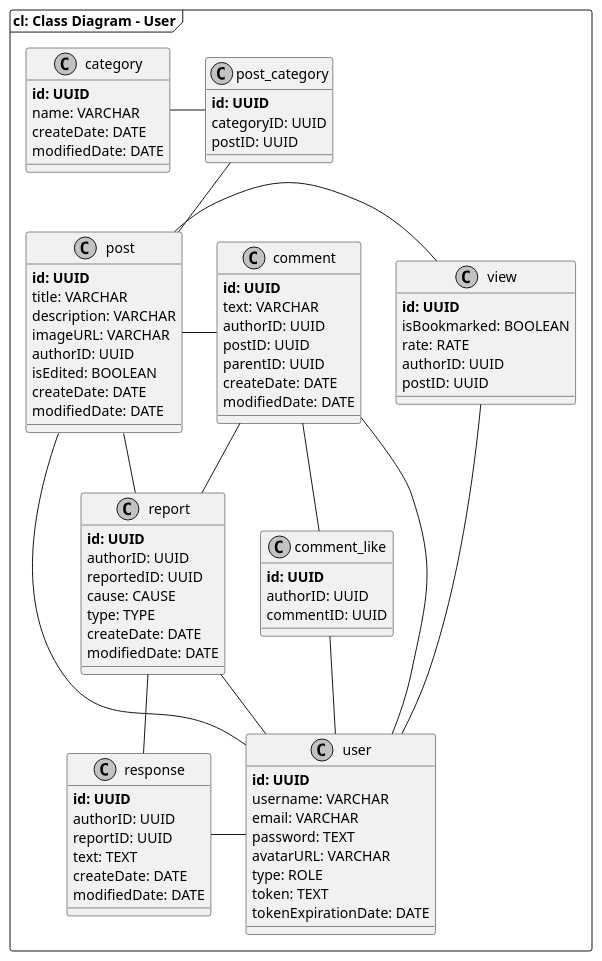
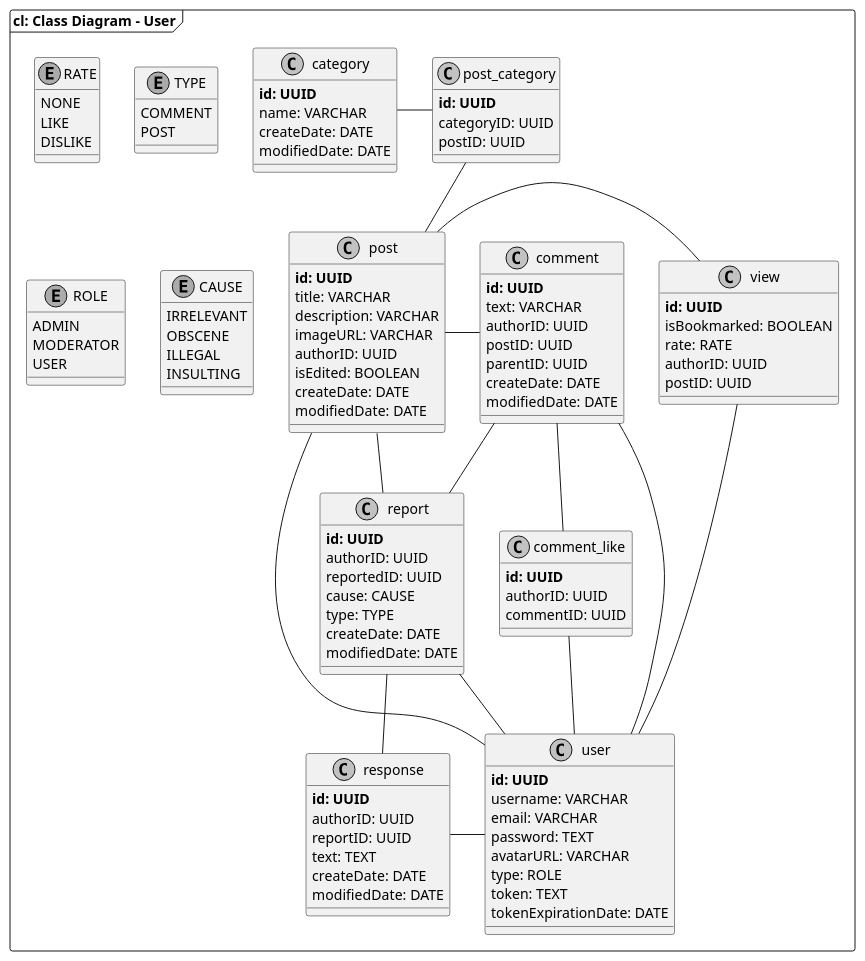
The diagram in data/sql/diagram-class.puml (steb1/forum), drawn with PlantUML before and after one commit. The commit also changed other lines of this file and 3 other files, not shown here.

```diff
--- a/data/sql/diagram-class.puml
+++ b/data/sql/diagram-class.puml
@@ -1,127 +2,127 @@
 @startuml "user-class-diagram"
 skinparam shadowing false
 skinparam monochrome true
 skinparam component {
     FontSize 20
 }
 
 frame "cl: Class Diagram - User" {
     class user {
         **id: UUID**
         username: VARCHAR
         email: VARCHAR
         password: TEXT
         avatarURL: VARCHAR
         type: ROLE
         token: TEXT
         tokenExpirationDate: DATE
     }
 
     class post {
         **id: UUID**
         title: VARCHAR
         description: VARCHAR
         imageURL: VARCHAR
         authorID: UUID
         isEdited: BOOLEAN
         createDate: DATE
         modifiedDate: DATE
     }
 
     class report {
         **id: UUID**
         authorID: UUID
         reportedID: UUID
         cause: CAUSE
         type: TYPE
         createDate: DATE
         modifiedDate: DATE
     }
 
     class response {
         **id: UUID**
         authorID: UUID
         reportID: UUID
         text: TEXT
         createDate: DATE
         modifiedDate: DATE
     }
 
     class view {
         **id: UUID**
         isBookmarked: BOOLEAN
         rate: RATE
         authorID: UUID
         postID: UUID
     }
 
     class comment_like {
         **id: UUID**
         authorID: UUID
         commentID: UUID
     }
 
     class comment {
         **id: UUID**
         text: VARCHAR
         authorID: UUID
         postID: UUID
         parentID: UUID
         createDate: DATE
         modifiedDate: DATE
     }
 
     class post_category {
         **id: UUID**
         categoryID: UUID
         postID: UUID
     }
 
     class category {
         **id: UUID**
         name: VARCHAR
         createDate: DATE
         modifiedDate: DATE
     }
 
-    ' enum RATE {
-    '     NONE
-    '     LIKE
-    '     DISLIKE
-    ' }
+    enum RATE {
+        NONE
+        LIKE
+        DISLIKE
+    }
 
-    ' enum TYPE {
-    '     COMMENT
-    '     POST
-    ' }
+    enum TYPE {
+        COMMENT
+        POST
+    }
 
-    ' enum ROLE {
-    '     ADMIN
-    '     MODERATOR
-    '     USER
-    ' }
+    enum ROLE {
+        ADMIN
+        MODERATOR
+        USER
+    }
 
-    ' enum CAUSE {
-    '     IRRELEVANT
-    '     OBSCENE
-    '     ILLEGAL
-    '     INSULTING
-    ' }
+    enum CAUSE {
+        IRRELEVANT
+        OBSCENE
+        ILLEGAL
+        INSULTING
+    }
 
     user -up- view
     user -up- comment
     user -up- comment_like
     user -up- report
     user -up- post
     report -up- comment
     report -up- post
     report -right- response
     user -left- response
     comment_like -up- comment
     comment -left- post
     view -right- post
     post -up- post_category
     post_category -left- category
 }
 
 @enduml
```
